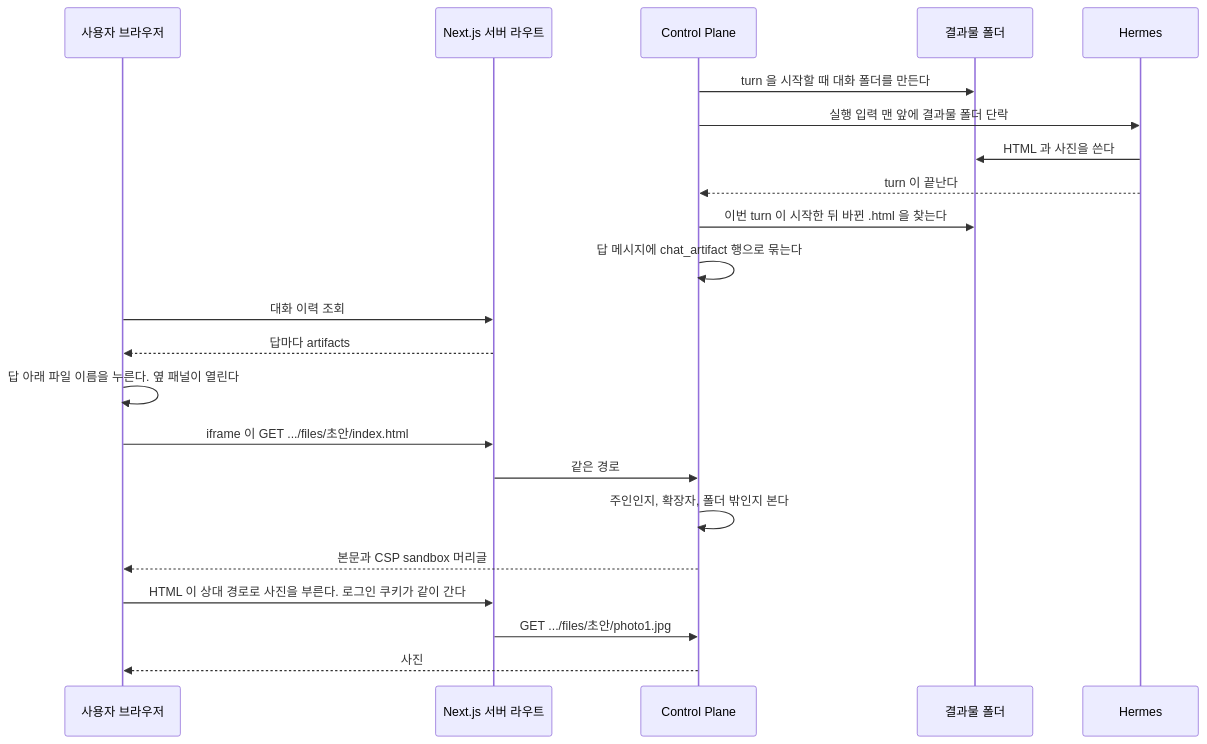
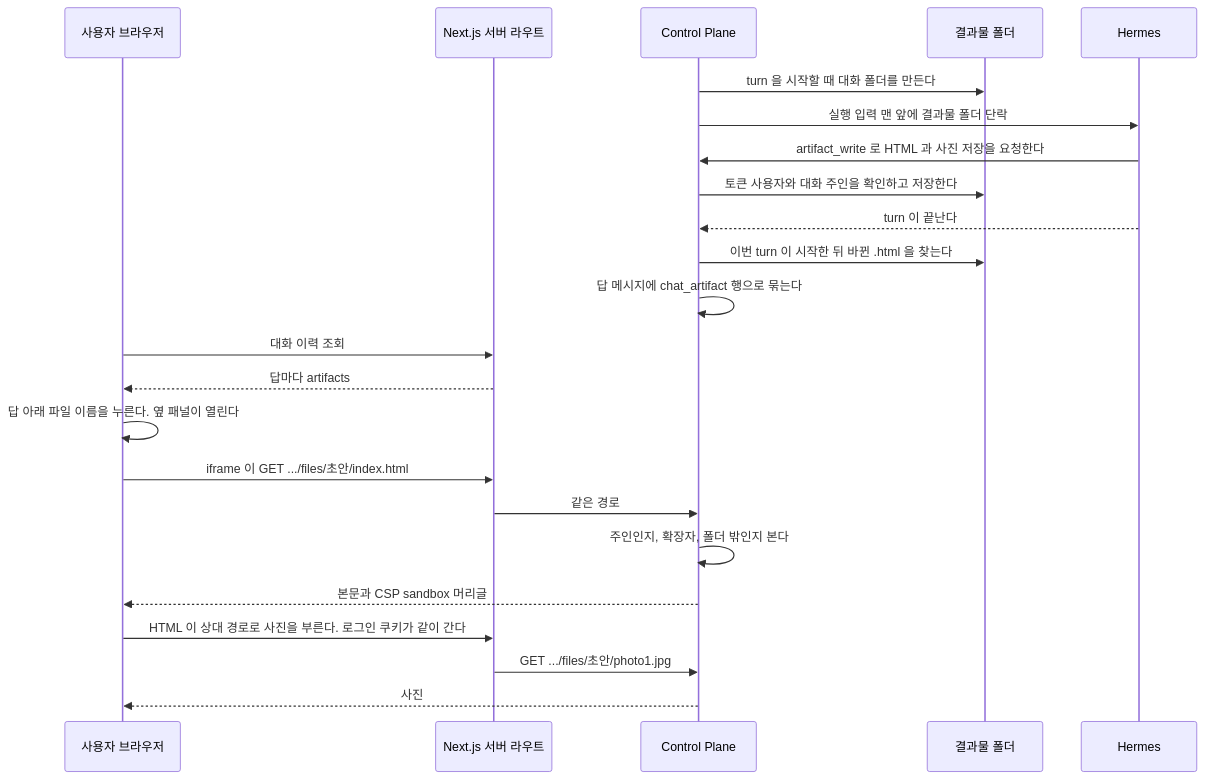
One commit to jon890/fos-assistant changed diagram 14 of 17 in docs/flow.md. Above: the diagram before and after it, drawn with Mermaid. The commit also changed other lines of this file and 8 other files, not shown here.

````diff
--- a/docs/flow.md
+++ b/docs/flow.md
@@ -811,25 +859,26 @@
 ```mermaid
 sequenceDiagram
     participant U as 사용자 브라우저
     participant W as Next.js 서버 라우트
     participant C as Control Plane
     participant D as 결과물 폴더
     participant H as Hermes
 
     C->>D: turn 을 시작할 때 대화 폴더를 만든다
     C->>H: 실행 입력 맨 앞에 결과물 폴더 단락
-    H->>D: HTML 과 사진을 쓴다
+    H->>C: artifact_write 로 HTML 과 사진 저장을 요청한다
+    C->>D: 토큰 사용자와 대화 주인을 확인하고 저장한다
     H-->>C: turn 이 끝난다
     C->>D: 이번 turn 이 시작한 뒤 바뀐 .html 을 찾는다
     C->>C: 답 메시지에 chat_artifact 행으로 묶는다
     U->>W: 대화 이력 조회
     W-->>U: 답마다 artifacts
     U->>U: 답 아래 파일 이름을 누른다. 옆 패널이 열린다
     U->>W: iframe 이 GET .../files/초안/index.html
     W->>C: 같은 경로
     C->>C: 주인인지, 확장자, 폴더 밖인지 본다
     C-->>U: 본문과 CSP sandbox 머리글
     U->>W: HTML 이 상대 경로로 사진을 부른다. 로그인 쿠키가 같이 간다
     W->>C: GET .../files/초안/photo1.jpg
     C-->>U: 사진
 ```
````
